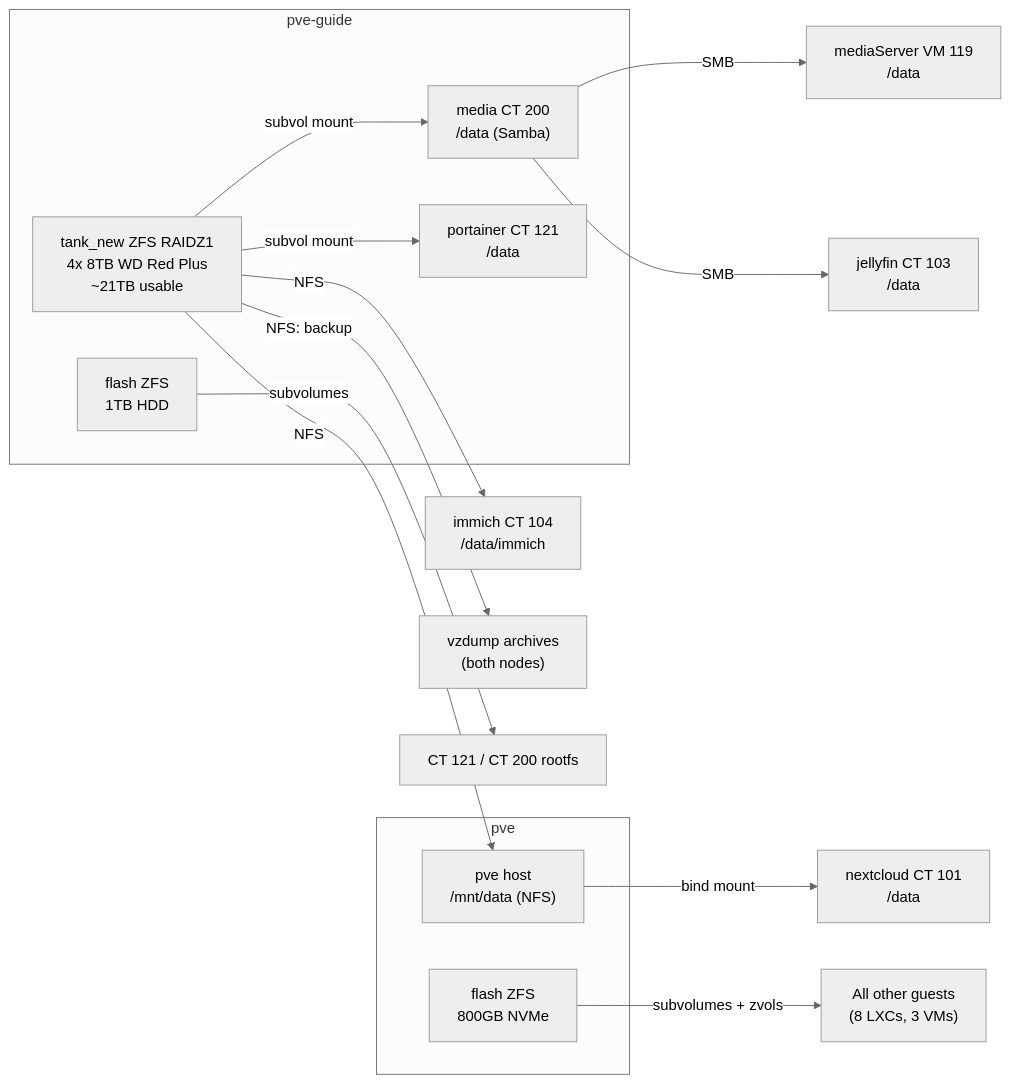
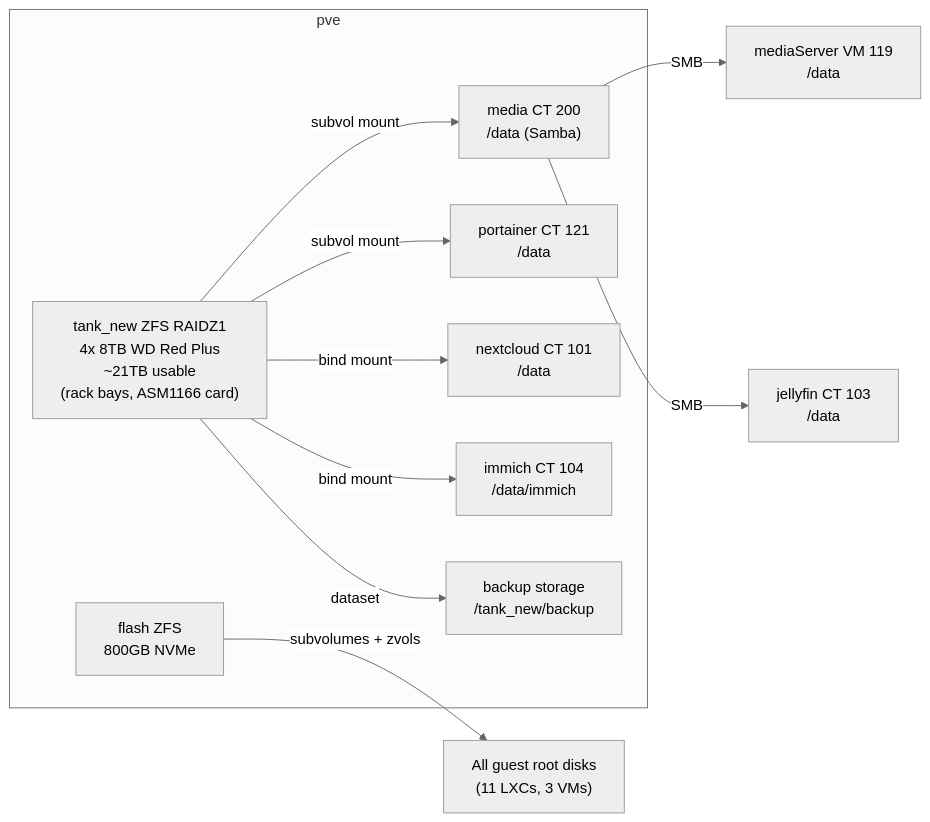
The diagram in docs/infrastructure/storage.md (taylordbowers/homelab), drawn with Mermaid (neutral theme) before and after one commit. The commit also changed other lines of this file and 25 other files, not shown here.

First line of the commit message:
Single-node layout: array moved into pve, pve-guide retired

````diff
--- a/docs/infrastructure/storage.md
+++ b/docs/infrastructure/storage.md
@@ -5,25 +7,21 @@
 ```mermaid
 graph LR
-    subgraph pve-guide
-        TANK["tank_new ZFS RAIDZ1\n4x 8TB WD Red Plus\n~21TB usable"]
-        FLASHG["flash ZFS\n1TB HDD"]
+    subgraph pve
+        TANK["tank_new ZFS RAIDZ1\n4x 8TB WD Red Plus\n~21TB usable\n(rack bays, ASM1166 card)"]
+        FLASHP["flash ZFS\n800GB NVMe"]
         MEDIA["media CT 200\n/data (Samba)"]
         PORT["portainer CT 121\n/data"]
-    end
-
-    subgraph pve
-        FLASHP["flash ZFS\n800GB NVMe"]
-        HOSTNFS["pve host\n/mnt/data (NFS)"]
+        NC["nextcloud CT 101\n/data"]
+        IMMICH["immich CT 104\n/data/immich"]
+        BK["backup storage\n/tank_new/backup"]
     end
 
     TANK -->|subvol mount| MEDIA
     TANK -->|subvol mount| PORT
+    TANK -->|bind mount| NC
+    TANK -->|bind mount| IMMICH
+    TANK -->|dataset| BK
     MEDIA -->|SMB| MS["mediaServer VM 119\n/data"]
     MEDIA -->|SMB| JF["jellyfin CT 103\n/data"]
-    TANK -->|NFS| IMMICH["immich CT 104\n/data/immich"]
-    TANK -->|NFS| HOSTNFS
-    HOSTNFS -->|bind mount| NC["nextcloud CT 101\n/data"]
-    TANK -->|NFS: backup| BK["vzdump archives\n(both nodes)"]
-    FLASHG -->|subvolumes| CTG["CT 121 / CT 200 rootfs"]
-    FLASHP -->|subvolumes + zvols| CTP["All other guests\n(8 LXCs, 3 VMs)"]
+    FLASHP -->|subvolumes + zvols| CTP["All guest root disks\n(11 LXCs, 3 VMs)"]
 ```
````
